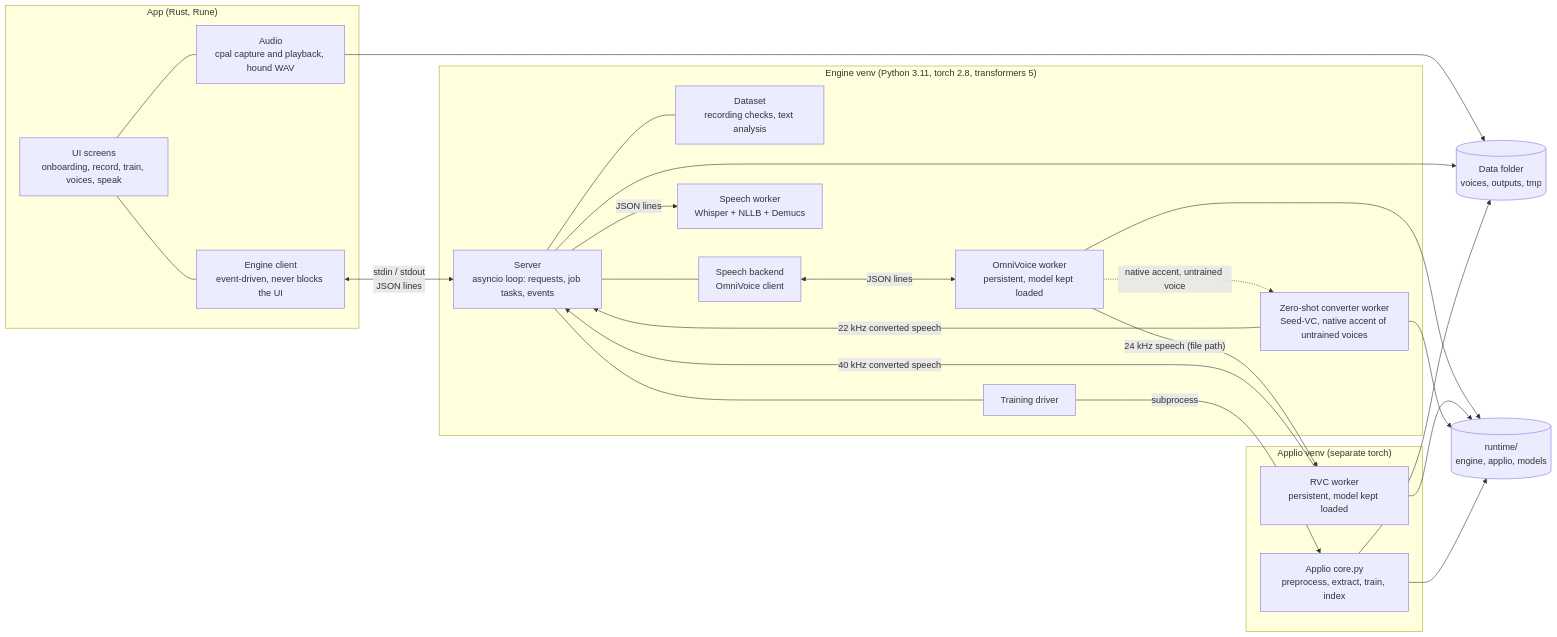
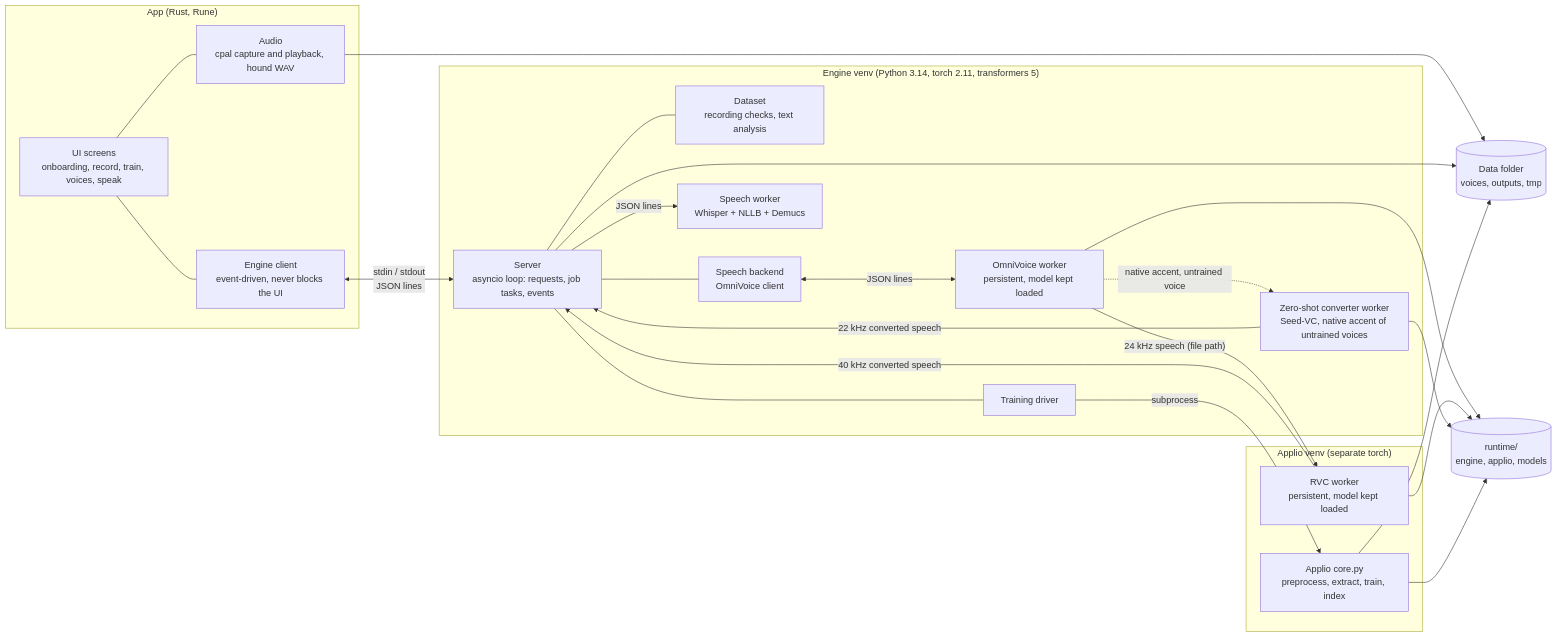
The first of 2 diagrams in docs/architecture.md (tarpetos/mimvox), drawn with Mermaid before and after one commit. The commit also changed other lines of this file and 10 other files, not shown here.

````diff
--- a/docs/architecture.md
+++ b/docs/architecture.md
@@ -31,47 +31,47 @@
 ```mermaid
 flowchart LR
     subgraph APP["App (Rust, Rune)"]
         UI["UI screens<br/>onboarding, record, train, voices, speak"]
         AUD["Audio<br/>cpal capture and playback, hound WAV"]
         CLI["Engine client<br/>event-driven, never blocks the UI"]
         UI --- AUD
         UI --- CLI
     end
 
-    subgraph ENG["Engine venv (Python 3.11, torch 2.8, transformers 5)"]
+    subgraph ENG["Engine venv (Python 3.14, torch 2.11, transformers 5)"]
         SRV["Server<br/>asyncio loop: requests, job tasks, events"]
         DS["Dataset<br/>recording checks, text analysis"]
         TTS["Speech backend<br/>OmniVoice client"]
         TRN["Training driver"]
         OVW["OmniVoice worker<br/>persistent, model kept loaded"]
         SPW["Speech worker<br/>Whisper + NLLB + Demucs"]
         ZSW["Zero-shot converter worker<br/>Seed-VC, native accent of untrained voices"]
         SRV --- DS
         SRV --- TTS
         SRV --- TRN
     end
 
     subgraph RVC["Applio venv (separate torch)"]
         WRK["RVC worker<br/>persistent, model kept loaded"]
         PRE["Applio core.py<br/>preprocess, extract, train, index"]
     end
 
     DATA[("Data folder<br/>voices, outputs, tmp")]
     MODELS[("runtime/<br/>engine, applio, models")]
 
     CLI <-- "stdin / stdout<br/>JSON lines" --> SRV
     TTS <-- "JSON lines" --> OVW
     OVW -- "24 kHz speech (file path)" --> WRK
     WRK -- "40 kHz converted speech" --> SRV
     TRN -- "subprocess" --> PRE
     SRV -- "JSON lines" --> SPW
     OVW -. "native accent, untrained voice" .-> ZSW
     ZSW -- "22 kHz converted speech" --> SRV
     AUD --> DATA
     SRV --> DATA
     PRE --> DATA
     OVW --> MODELS
     WRK --> MODELS
     ZSW --> MODELS
     PRE --> MODELS
 ```
````
